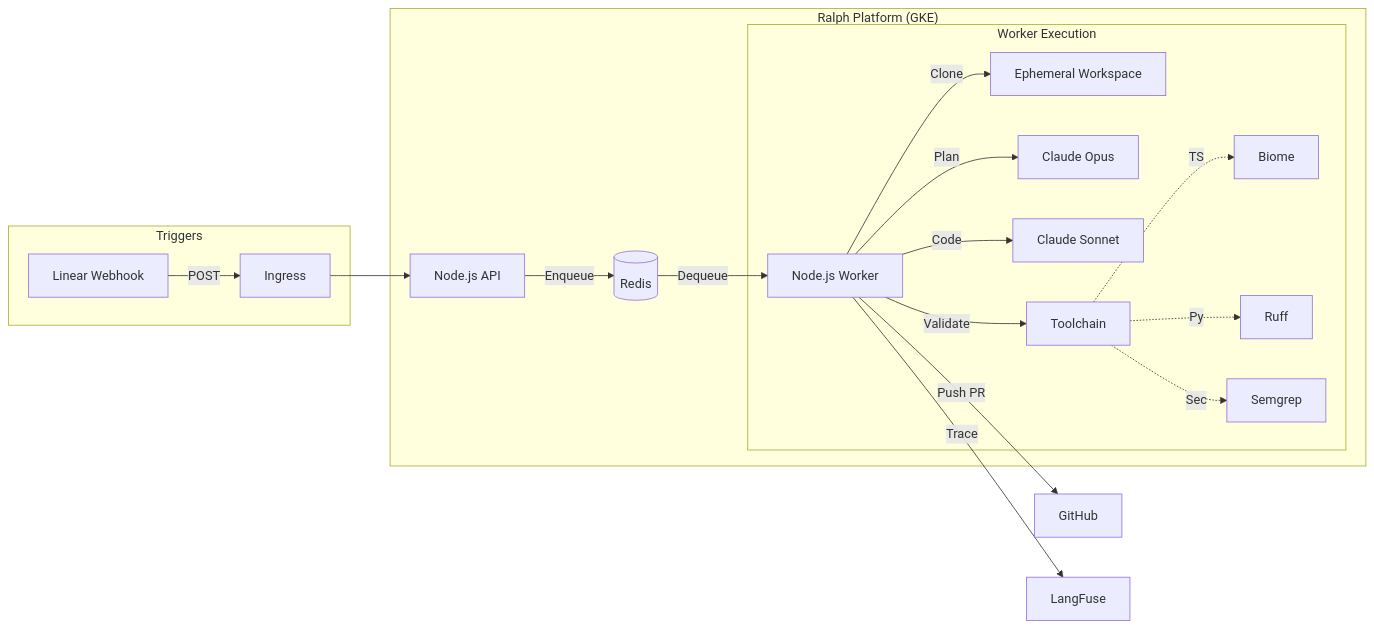
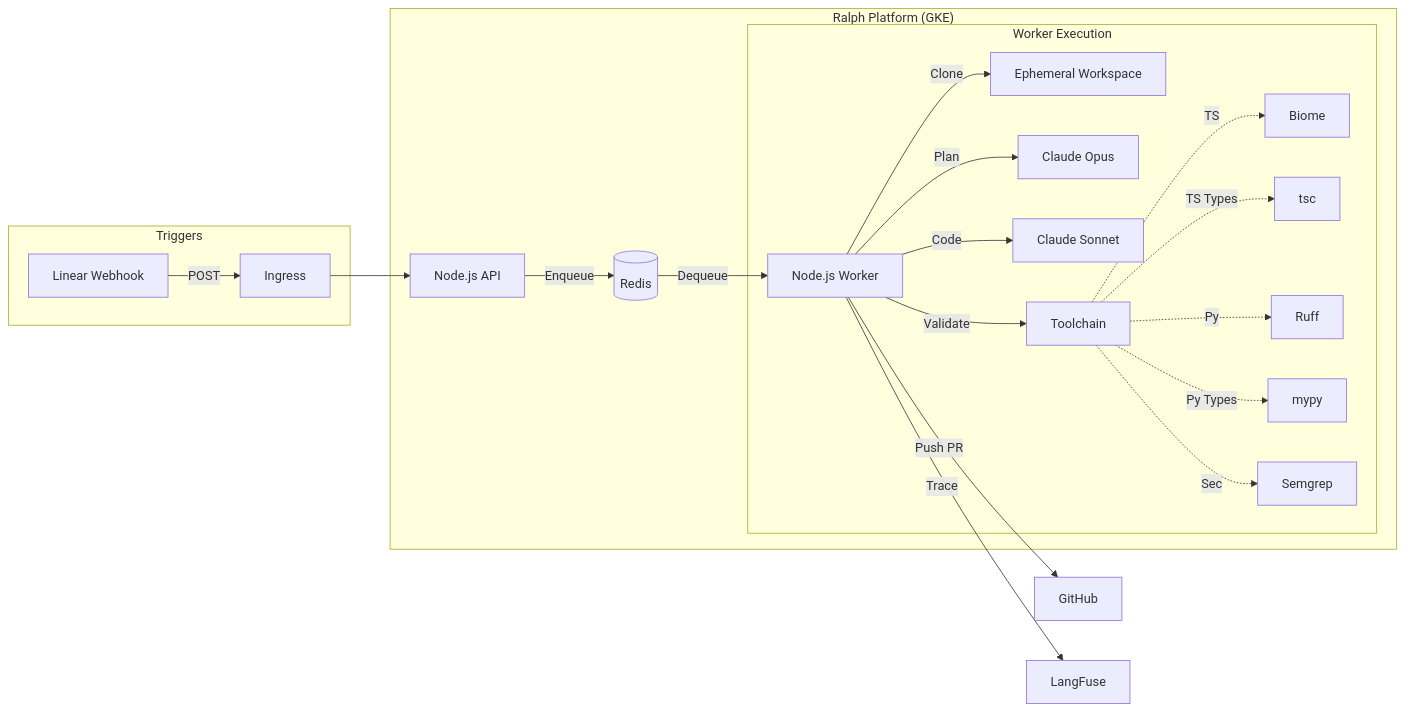
Before and after one commit to Replikanti/ralph-platform: the diagram in README.md, drawn with Mermaid.

Commit message:
docs: add mypy and tsc to architecture diagram

````diff
--- a/README.md
+++ b/README.md
@@ -7,24 +7,26 @@
 ```mermaid
 graph LR
     subgraph "Triggers"
         Linear[Linear Webhook] -->|POST| Ingress
     end
     subgraph "Ralph Platform (GKE)"
         Ingress --> API[Node.js API]
         API -->|Enqueue| Redis[(Redis)]
         Redis -->|Dequeue| Worker[Node.js Worker]
         
         subgraph "Worker Execution"
             Worker -->|Clone| Git[Ephemeral Workspace]
             Worker -->|Plan| Opus[Claude Opus]
             Worker -->|Code| Sonnet[Claude Sonnet]
             Worker -->|Validate| Polyglot[Toolchain]
             
             Polyglot -.->|TS| Biome
+            Polyglot -.->|TS Types| tsc
             Polyglot -.->|Py| Ruff
+            Polyglot -.->|Py Types| mypy
             Polyglot -.->|Sec| Semgrep
         end
     end
     Worker -->|Push PR| GitHub
     Worker -->|Trace| LangFuse
 ```
````
